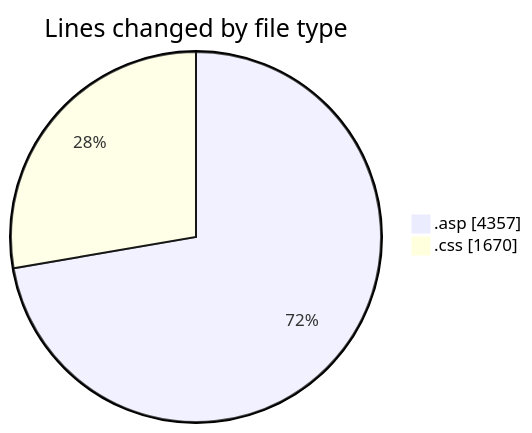
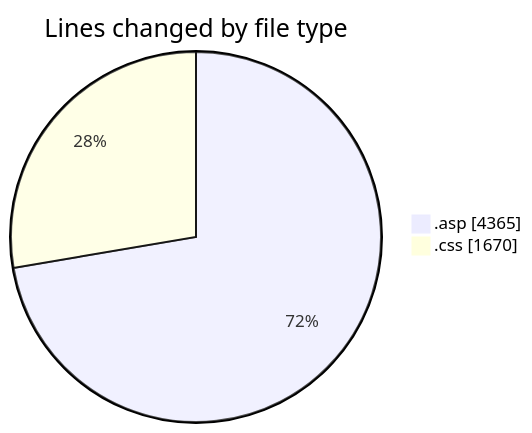
One commit to julien-gomy/code-tracking changed the first of 2 diagrams in 2025-11-17/usr_aleoudev_fr__workspace_/README.md. Above: the diagram before and after it, drawn with Mermaid. The commit also changed other lines of this file and 1 other file, not shown here.

````diff
--- a/2025-11-17/usr_aleoudev_fr__workspace_/README.md
+++ b/2025-11-17/usr_aleoudev_fr__workspace_/README.md
@@ -22,6 +22,6 @@
 ```mermaid
 pie showData
 title Lines changed by file type
-".asp" : 4357
+".asp" : 4365
 ".css" : 1670
 ```
````
